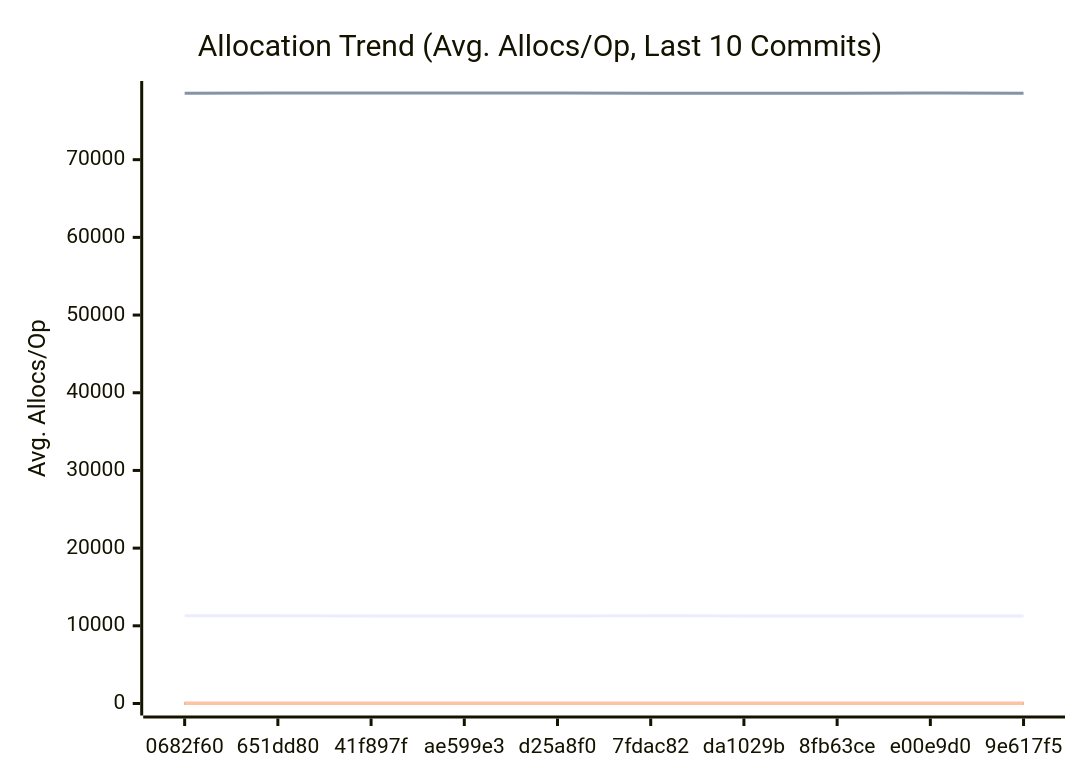
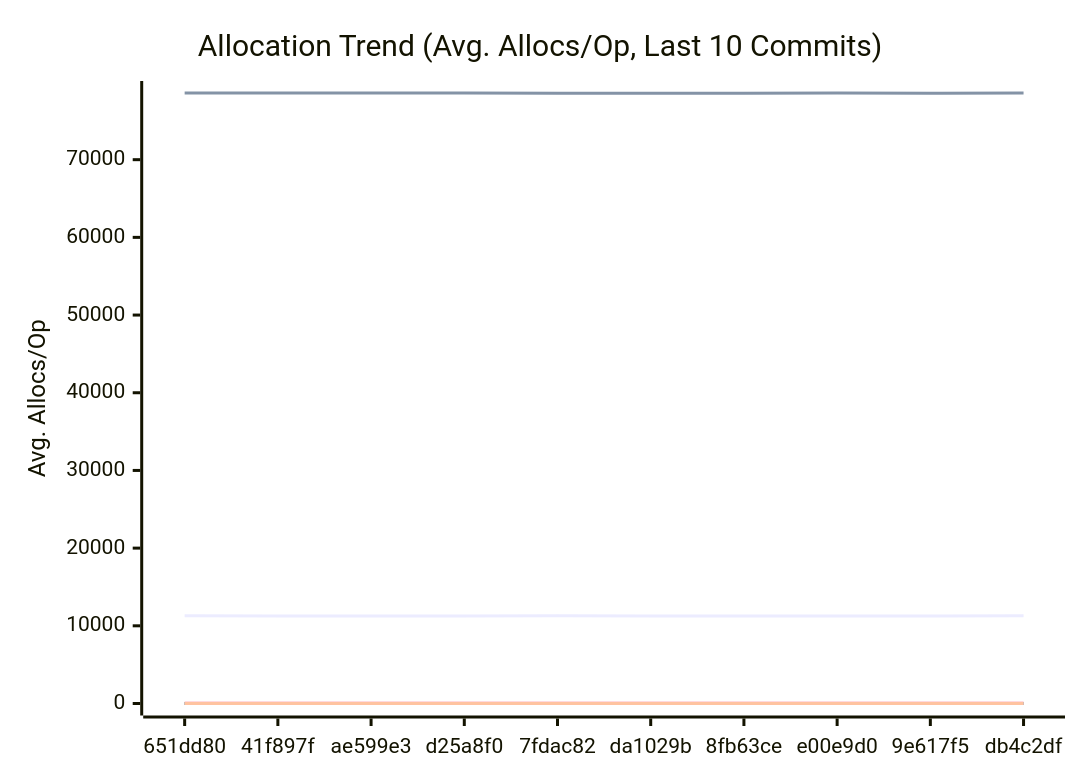
The third of 3 diagrams in docs/PERFORMANCE.md (alsotoes/momo), drawn with Mermaid before and after one commit. The commit also changed other lines of this file and 3 other files, not shown here.

````diff
--- a/docs/PERFORMANCE.md
+++ b/docs/PERFORMANCE.md
@@ -197,20 +197,20 @@
 ```mermaid
 xychart-beta
     title "Allocation Trend (Avg. Allocs/Op, Last 10 Commits)"
     x-axis "Commit"
     y-axis "Avg. Allocs/Op"
-    x-axis [0682f60,651dd80,41f897f,ae599e3,d25a8f0,7fdac82,da1029b,8fb63ce,e00e9d0,9e617f5]
-    line "AWSChunkedReaderSigned" [11285,11290,11275,11278,11276,11292,11270,11274,11274,11275]
-    line "AWSChunkedReaderUnsigned" [78562,78583,78570,78570,78570,78560,78555,78563,78570,78558]
+    x-axis [651dd80,41f897f,ae599e3,d25a8f0,7fdac82,da1029b,8fb63ce,e00e9d0,9e617f5,db4c2df]
+    line "AWSChunkedReaderSigned" [11290,11275,11278,11276,11292,11270,11274,11274,11275,11292]
+    line "AWSChunkedReaderUnsigned" [78583,78570,78570,78570,78560,78555,78563,78570,78558,78578]
     line "CheckMetricsAndSwap" [0,0,0,0,0,0,0,0,0,0]
     line "CrushOptimized" [0,0,0,0,0,0,0,0,0,0]
     line "CrushOriginal" [3,3,3,3,3,3,3,3,3,3]
     line "IndexDirectTracking" [0,0,0,0,0,0,0,0,0,0]
     line "IndexSearch" [0,0,0,0,0,0,0,0,0,0]
     line "LoadGlobalConfig" [54,54,54,54,54,54,54,54,54,54]
     line "PadString" [1,1,1,1,1,1,1,1,1,1]
     line "ParseReplicationOrder_NoPrealloc" [6,6,6,6,6,5,5,5,5,5]
     line "ParseReplicationOrder_Prealloc" [2,2,2,2,2,1,1,1,1,1]
     line "SanitizeLog/Safe" [0,0,0,0,0,0,0,0,0,0]
     line "SanitizeLog/Unsafe" [1,1,1,1,1,1,1,1,1,1]
 ```
````
